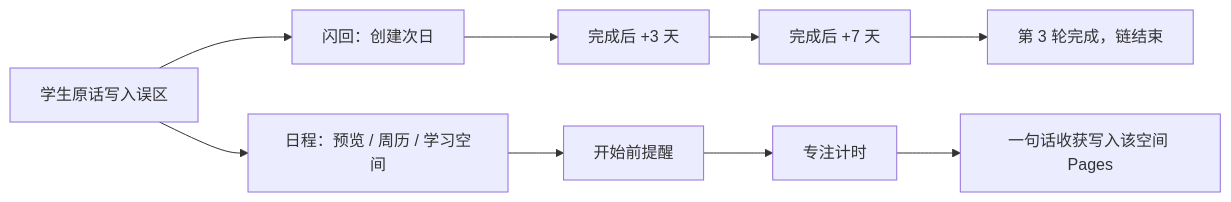
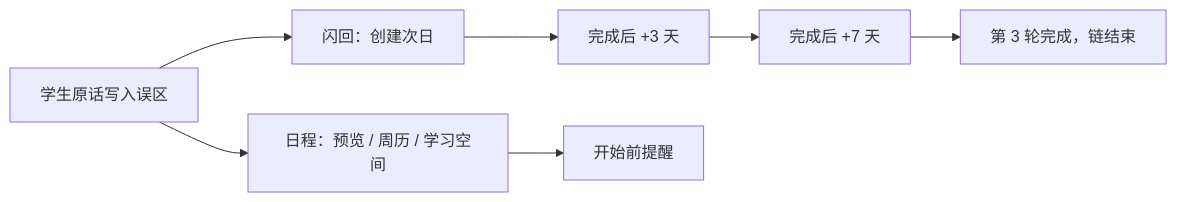
One commit to YinLingxiao/KnowGap changed the first of 2 diagrams in README.md. Above: the diagram before and after it, drawn with Mermaid. The commit also changed other lines of this file and 190 other files, not shown here.

````diff
--- a/README.md
+++ b/README.md
@@ -91,11 +91,9 @@
 ```mermaid
 flowchart LR
   talk[学生原话写入误区] --> day1[闪回：创建次日]
   day1 --> day3[完成后 +3 天]
   day3 --> day7[完成后 +7 天]
   day7 --> done[第 3 轮完成，链结束]
   talk --> agenda[日程：预览 / 周历 / 学习空间]
   agenda --> remind[开始前提醒]
-  remind --> focus[专注计时]
-  focus --> pages[一句话收获写入该空间 Pages]
 ```
````
